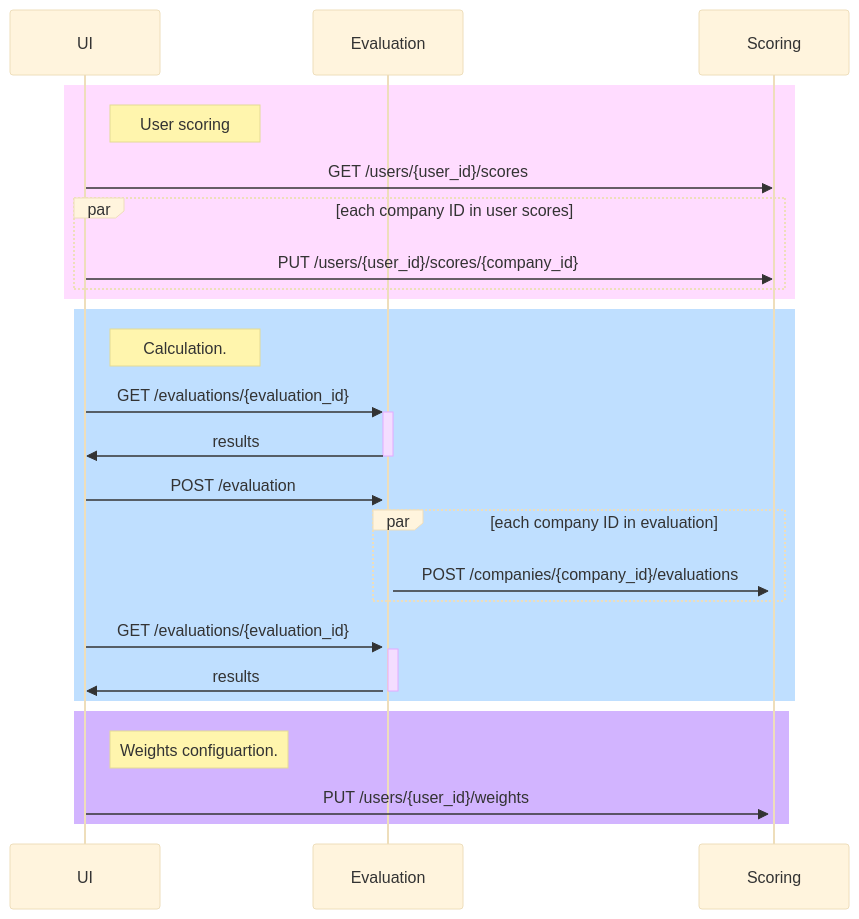
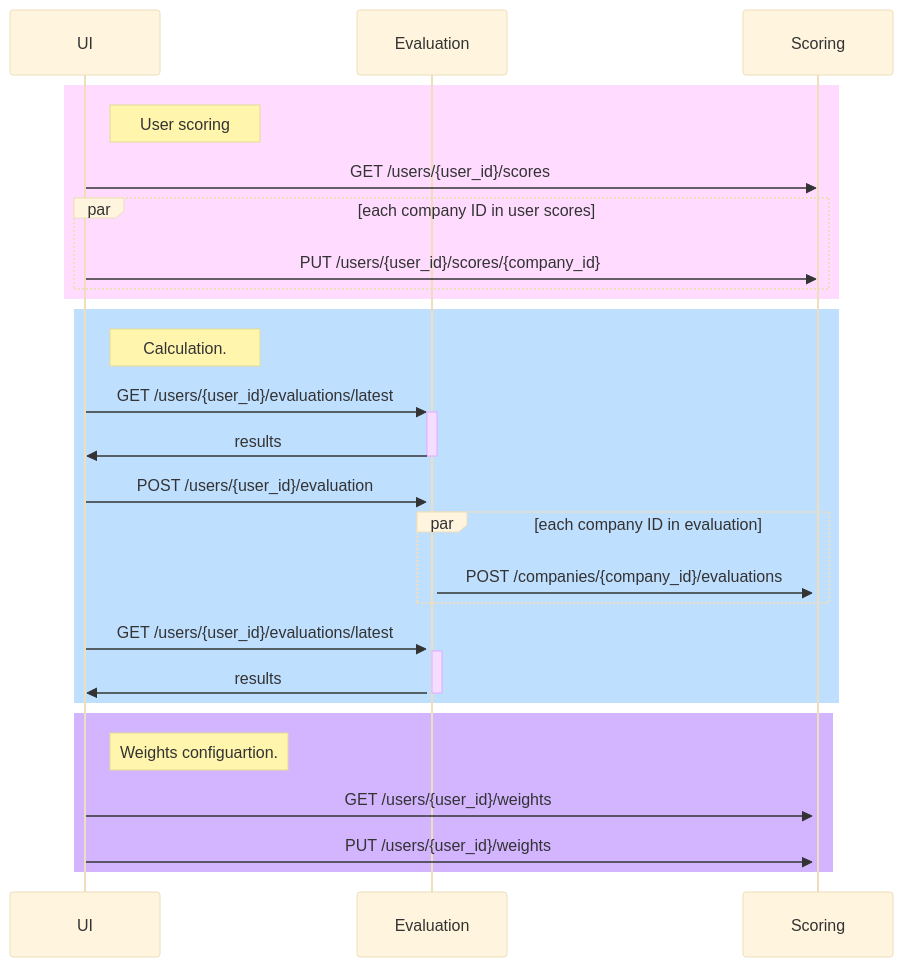
The third of 3 diagrams in README.md (guyslab/company_evaluation), drawn with Mermaid (base theme) before and after one commit. The commit also changed other lines of this file and 45 other files, not shown here.

````diff
--- a/README.md
+++ b/README.md
@@ -63,28 +64,29 @@
 ```mermaid
 sequenceDiagram
     participant UI
     participant Evaluation
     participant Scoring
     rect rgb(255, 220, 255)
         note right of UI: User scoring
         UI->>Scoring: GET /users/{user_id}/scores
         par each company ID in user scores
             UI->>Scoring: PUT /users/{user_id}/scores/{company_id}
         end
     end
     rect rgb(191, 223, 255)
         note right of UI: Calculation.
-        UI->>+Evaluation: GET /evaluations/{evaluation_id}  
+        UI->>+Evaluation: GET /users/{user_id}/evaluations/latest
         Evaluation->>-UI: results     
-        UI->>+Evaluation: POST /evaluation
+        UI->>+Evaluation: POST /users/{user_id}/evaluation
         par each company ID in evaluation
             Evaluation->>+Scoring: POST /companies/{company_id}/evaluations
         end
-        UI->>+Evaluation: GET /evaluations/{evaluation_id}
+        UI->>+Evaluation: GET /users/{user_id}/evaluations/latest
         Evaluation->>-UI: results
     end
     rect rgb(210, 180, 255)
         note right of UI: Weights configuartion.
+        UI->>Scoring: GET /users/{user_id}/weights
         UI->>+Scoring: PUT /users/{user_id}/weights
     end    
 ```
````
